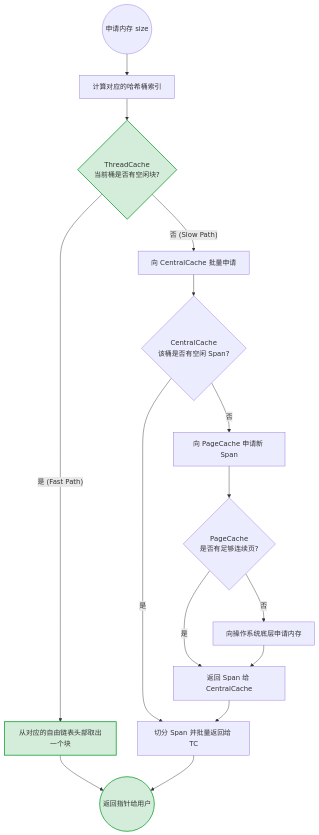
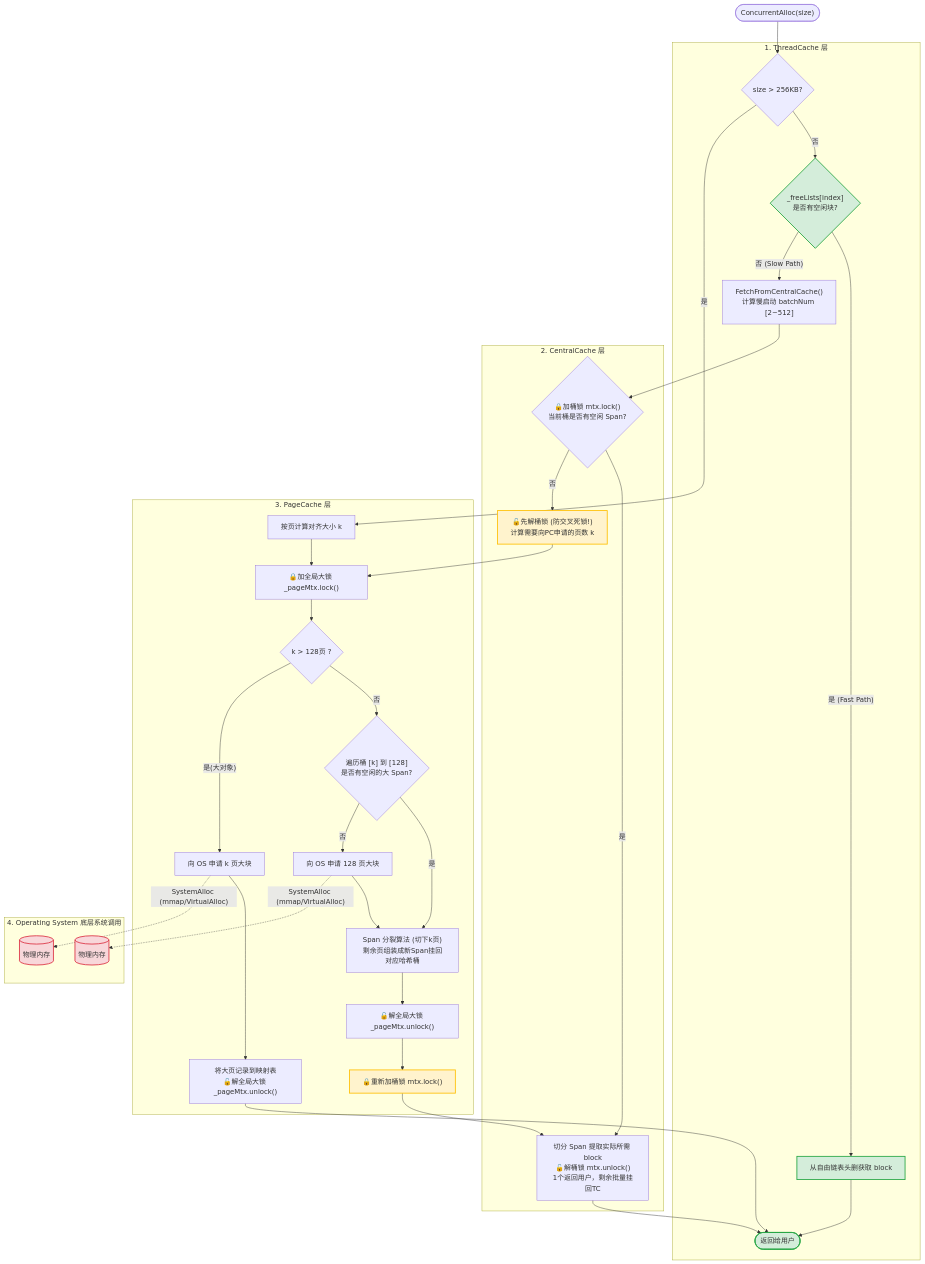
One commit to caoyue2020/MemoryPool changed the second of 3 diagrams in README.md. Above: the diagram before and after it, drawn with Mermaid. The commit also changed other lines of this file, not shown here.

````diff
--- a/README.md
+++ b/README.md
@@ -53,27 +52,63 @@
 ```mermaid
 flowchart TD
-    Start((申请内存 size)) --> Calc[计算对应的哈希桶索引]
-    Calc --> CheckTC{ThreadCache\n当前桶是否有空闲块?}
-    
-    CheckTC -- "是 (Fast Path)" --> Pop[从对应的自由链表头部取出一个块]
-    Pop --> Return((返回指针给用户))
-    
-    CheckTC -- "否 (Slow Path)" --> RequestCC[向 CentralCache 批量申请]
-    RequestCC --> CheckCC{CentralCache\n该桶是否有空闲 Span?}
-    
-    CheckCC -- "是" --> Slice[切分 Span 并批量返回给 TC]
-    Slice --> Return
-    
-    CheckCC -- "否" --> RequestPC[向 PageCache 申请新 Span]
-    RequestPC --> CheckPC{PageCache\n是否有足够连续页?}
-    
-    CheckPC -- "是" --> ReturnSpan[返回 Span 给 CentralCache]
-    ReturnSpan --> Slice
-    
-    CheckPC -- "否" --> SystemAlloc[向操作系统底层申请内存]
-    SystemAlloc --> ReturnSpan
-    
+    %% 样式定义
     classDef fastPath fill:#d4edda,stroke:#28a745,stroke-width:2px;
-    class CheckTC,Pop,Return fastPath;
+    classDef sysNode fill:#f8d7da,stroke:#dc3545,stroke-width:2px;
+    classDef warnNode fill:#fff3cd,stroke:#ffc107,stroke-width:2px;
 
+    Start(["ConcurrentAlloc(size)"]) --> SizeCheck{"size > 256KB?"}
+
+    %% ================= ThreadCache 层 =================
+    subgraph TC [1. ThreadCache 层]
+        SizeCheck -- "否" --> CheckTC{"_freeLists[index]<br>是否有空闲块?"}
+        
+        CheckTC -- "是 (Fast Path)" --> TCPop["从自由链表头删获取 block"]
+        TCPop --> Return(["返回给用户"])
+        
+        CheckTC -- "否 (Slow Path)" --> FetchCC["FetchFromCentralCache()<br>计算慢启动 batchNum [2~512]"]
+    end
+
+    %% ================= CentralCache 层 =================
+    subgraph CC [2. CentralCache 层]
+        FetchCC --> CCGetOne{"🔒加桶锁 mtx.lock()<br>当前桶是否有空闲 Span?"}
+        
+        CCGetOne -- "是" --> CCSlice["切分 Span 提取实际所需 block<br>🔓解桶锁 mtx.unlock()<br>1个返回用户，剩余批量挂回TC"]
+        CCSlice --> Return
+        
+        CCGetOne -- "否" --> ReqPC["🔓先解桶锁 (防交叉死锁!)<br>计算需要向PC申请的页数 k"]:::warnNode
+    end
+
+    %% ================= PageCache 层 =================
+    subgraph PC [3. PageCache 层]
+        SizeCheck -- "是" --> PCBig["按页计算对齐大小 k"]
+        PCBig --> PCLock
+        ReqPC --> PCLock["🔒加全局大锁 _pageMtx.lock()"]
+        
+        PCLock --> CheckPC{"k > 128页 ?"}
+        
+        CheckPC -- "否" --> SearchBucket{"遍历桶 [k] 到 [128]<br>是否有空闲的大 Span?"}
+        
+        SearchBucket -- "是" --> PCSplit["Span 分裂算法 (切下k页)<br>剩余页组装成新Span挂回对应哈希桶"]
+        PCSplit --> PCUnlock["🔓解全局大锁 _pageMtx.unlock()"]
+        
+        %% 回调 CC
+        PCUnlock --> CCLock3["🔒重新加桶锁 mtx.lock()"]:::warnNode
+        CCLock3 --> CCSlice
+        
+        SearchBucket -- "否" --> SysAlloc128["向 OS 申请 128 页大块"]
+        SysAlloc128 --> PCSplit
+        
+        CheckPC -- "是(大对象)" --> SysAllocK["向 OS 申请 k 页大块"]
+        SysAllocK --> PCUnlock2["将大页记录到映射表<br>🔓解全局大锁 _pageMtx.unlock()"]
+        PCUnlock2 --> Return
+    end
+
+    %% ================= OS 层 =================
+    subgraph OS [4. Operating System 底层系统调用]
+        SysAlloc128 -. "SystemAlloc (mmap/VirtualAlloc)" .-> Mem1[(物理内存)]:::sysNode
+        SysAllocK -. "SystemAlloc (mmap/VirtualAlloc)" .-> Mem2[(物理内存)]:::sysNode
+    end
+
+    %% 应用绿色主线样式
+    class CheckTC,TCPop,Return fastPath;
 ```
````
